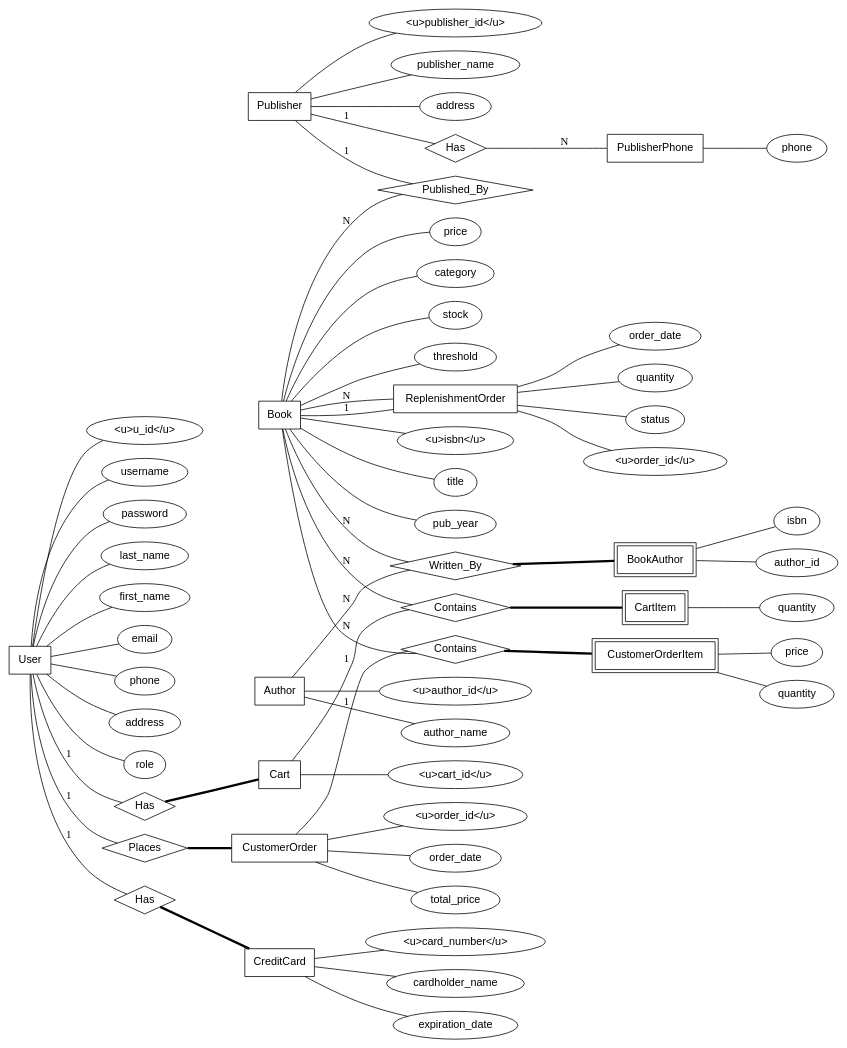
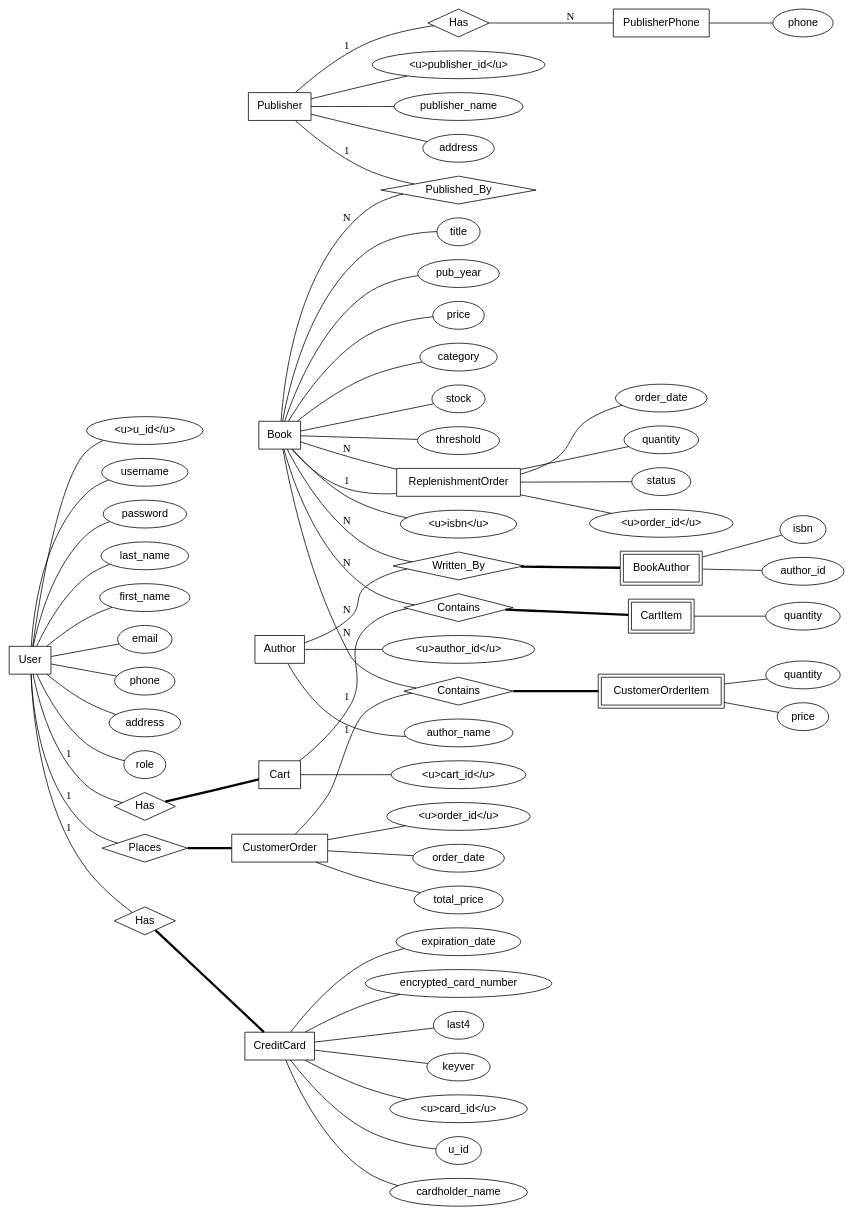
One commit to AhmWael/Order_Processing_System changed the diagram in docs/ERDdiagram.dot. Above: the diagram before and after it, drawn with Graphviz. The commit also changed 1 other file, not shown here.

Commit message:
chore(db):further updates to schema and ERD

```diff
--- a/docs/ERDdiagram.dot
+++ b/docs/ERDdiagram.dot
@@ -1,175 +1,180 @@
 digraph BookstoreMySQL {
     graph [splines=true, rankdir=LR, fontsize=12];
     node [fontname="Helvetica"];
 
     // ---------- ENTITIES ----------
     node [shape=rectangle];
     Publisher [label="Publisher"];
     Author [label="Author"];
     Book [label="Book"];
     User [label="User"];
     ReplenishmentOrder [label="ReplenishmentOrder"];
     CustomerOrder [label="CustomerOrder"];
     Cart [label="Cart"];
     CreditCard [label="CreditCard"];
-    PublisherPhone [label="PublisherPhone"]; // New entity for phone numbers
+    PublisherPhone [label="PublisherPhone"];
 
     // Weak entities (double rectangle)
     node [shape=rectangle, peripheries=2];
     BookAuthor [label="BookAuthor"];
     CartItem [label="CartItem"];
     CustomerOrderItem [label="CustomerOrderItem"];
 
     // ---------- ATTRIBUTES ----------
     node [shape=ellipse, peripheries=1];
 
     // Publisher attributes
     pub_id [label="<u>publisher_id</u>"];
     pub_name [label="publisher_name"];
     pub_address [label="address"];
-
-    // PublisherPhone attribute
     phone [label="phone"];
 
     // Author attributes
     auth_id [label="<u>author_id</u>"];
     auth_name [label="author_name"];
 
     // Book attributes
     isbn [label="<u>isbn</u>"];
     title [label="title"];
     pub_year [label="pub_year"];
     price [label="price"];
     category [label="category"];
     stock [label="stock"];
     threshold [label="threshold"];
 
     // User attributes
     u_id [label="<u>u_id</u>"];
     username [label="username"];
     password [label="password"];
     last_name [label="last_name"];
     first_name [label="first_name"];
     email [label="email"];
     user_phone [label="phone"];
     address [label="address"];
     role [label="role"];
 
     // Replenishment Order attributes
     ro_id [label="<u>order_id</u>"];
     ro_date [label="order_date"];
     ro_quantity [label="quantity"];
     ro_status [label="status"];
 
     // Customer Order attributes
     co_id [label="<u>order_id</u>"];
     co_date [label="order_date"];
     co_total [label="total_price"];
 
     // Cart attributes
     cart_id [label="<u>cart_id</u>"];
 
-    // Credit Card attributes
-    card_number [label="<u>card_number</u>"];
+    // Credit Card attributes (updated)
+    card_id [label="<u>card_id</u>"];
+    cc_u_id [label="u_id"];
     cardholder_name [label="cardholder_name"];
     expiration_date [label="expiration_date"];
+    encrypted_card_number [label="encrypted_card_number"];
+    last4 [label="last4"];
+    keyver [label="keyver"];
 
-    // Weak entities attributes
+    // Weak entity attributes
     ba_isbn [label="isbn"];
     ba_author_id [label="author_id"];
     ci_quantity [label="quantity"];
     coi_quantity [label="quantity"];
     coi_price [label="price"];
 
     // ---------- RELATIONSHIPS ----------
     node [shape=diamond];
     Published_By [label="Published_By"];
     Written_By [label="Written_By"];
     Contains_Cart [label="Contains"];
     Contains_Order [label="Contains"];
     Places_Order [label="Places"];
     Has_Cart [label="Has"];
     Has_CreditCard [label="Has"];
     Publisher_HasPhone [label="Has"];
 
     // ---------- ENTITY-ATTRIBUTE CONNECTIONS ----------
     Publisher -> pub_id [arrowhead=none];
     Publisher -> pub_name [arrowhead=none];
     Publisher -> pub_address [arrowhead=none];
-
     PublisherPhone -> phone [arrowhead=none];
 
     Author -> auth_id [arrowhead=none];
     Author -> auth_name [arrowhead=none];
 
     Book -> isbn [arrowhead=none];
     Book -> title [arrowhead=none];
     Book -> pub_year [arrowhead=none];
     Book -> price [arrowhead=none];
     Book -> category [arrowhead=none];
     Book -> stock [arrowhead=none];
     Book -> threshold [arrowhead=none];
 
     User -> u_id [arrowhead=none];
     User -> username [arrowhead=none];
     User -> password [arrowhead=none];
     User -> last_name [arrowhead=none];
     User -> first_name [arrowhead=none];
     User -> email [arrowhead=none];
     User -> user_phone [arrowhead=none];
     User -> address [arrowhead=none];
     User -> role [arrowhead=none];
 
     ReplenishmentOrder -> ro_id [arrowhead=none];
     ReplenishmentOrder -> ro_date [arrowhead=none];
     ReplenishmentOrder -> ro_quantity [arrowhead=none];
     ReplenishmentOrder -> ro_status [arrowhead=none];
 
     CustomerOrder -> co_id [arrowhead=none];
     CustomerOrder -> co_date [arrowhead=none];
     CustomerOrder -> co_total [arrowhead=none];
 
     Cart -> cart_id [arrowhead=none];
 
-    CreditCard -> card_number [arrowhead=none];
+    CreditCard -> card_id [arrowhead=none];
+    CreditCard -> cc_u_id [arrowhead=none];
     CreditCard -> cardholder_name [arrowhead=none];
     CreditCard -> expiration_date [arrowhead=none];
+    CreditCard -> encrypted_card_number [arrowhead=none];
+    CreditCard -> last4 [arrowhead=none];
+    CreditCard -> keyver [arrowhead=none];
 
     BookAuthor -> ba_isbn [arrowhead=none];
     BookAuthor -> ba_author_id [arrowhead=none];
 
     CartItem -> ci_quantity [arrowhead=none];
     CustomerOrderItem -> coi_quantity [arrowhead=none];
     CustomerOrderItem -> coi_price [arrowhead=none];
 
     // ---------- ENTITY-RELATIONSHIP CONNECTIONS ----------
     Publisher -> Published_By [arrowhead=none, label="1"];
     Book -> Published_By [arrowhead=none, label="N"];
 
     Book -> Written_By [arrowhead=none, label="N"];
     Author -> Written_By [arrowhead=none, label="N"];
     Written_By -> BookAuthor [arrowhead=none, penwidth=3];
 
     Cart -> Contains_Cart [arrowhead=none, label="1"];
     Book -> Contains_Cart [arrowhead=none, label="N"];
     Contains_Cart -> CartItem [arrowhead=none, penwidth=3];
 
     CustomerOrder -> Contains_Order [arrowhead=none, label="1"];
     Book -> Contains_Order [arrowhead=none, label="N"];
     Contains_Order -> CustomerOrderItem [arrowhead=none, penwidth=3];
 
     User -> Places_Order [arrowhead=none, label="1"];
     Places_Order -> CustomerOrder [arrowhead=none, penwidth=3];
 
     User -> Has_Cart [arrowhead=none, label="1"];
     Has_Cart -> Cart [arrowhead=none, penwidth=3];
 
     User -> Has_CreditCard [arrowhead=none, label="1"];
     Has_CreditCard -> CreditCard [arrowhead=none, penwidth=3];
 
     Book -> ReplenishmentOrder [arrowhead=none, label="1"];
     ReplenishmentOrder -> Book [arrowhead=none, label="N"];
 
     Publisher -> Publisher_HasPhone [arrowhead=none, label="1"];
     Publisher_HasPhone -> PublisherPhone [arrowhead=none, label="N"];
 }
```
